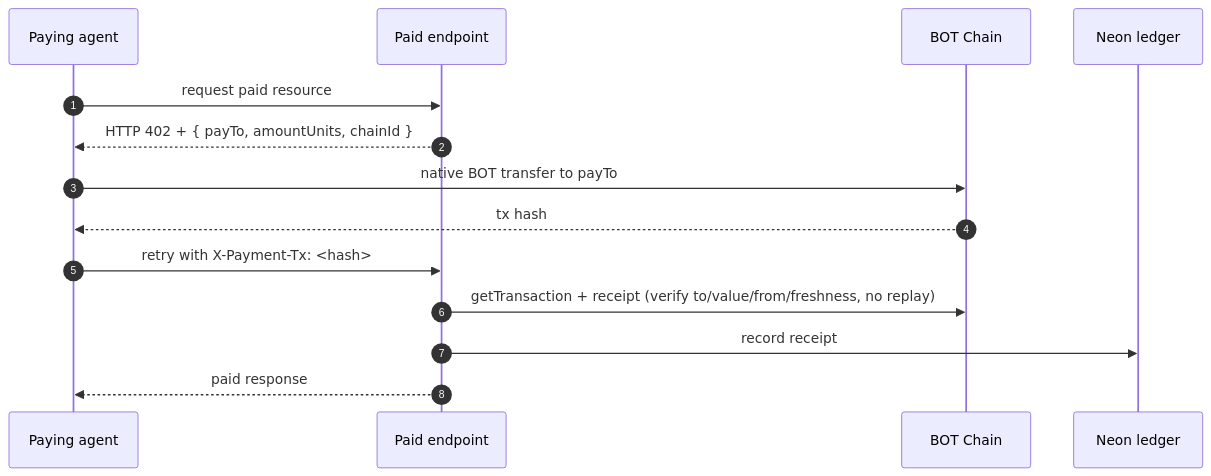
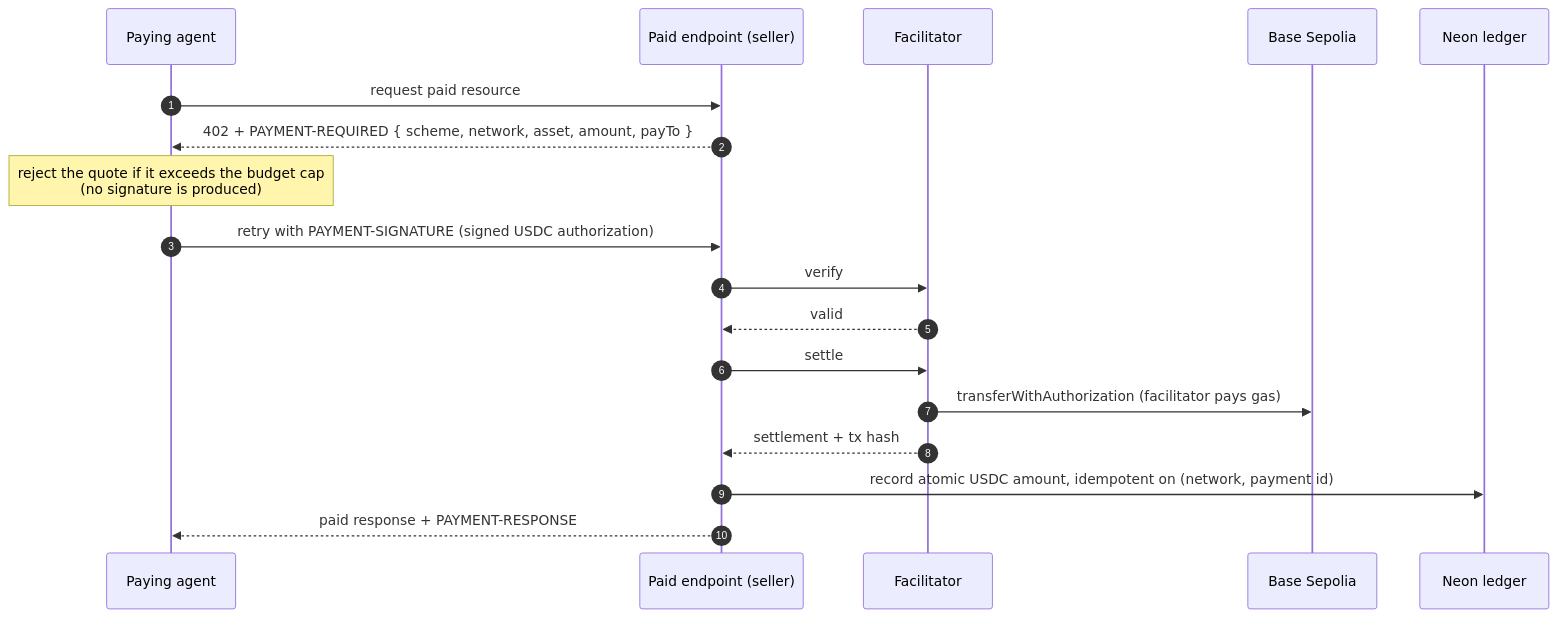
One commit to enliven17/mimir-base changed the first of 11 diagrams in README.md. Above: the diagram before and after it, drawn with Mermaid. The commit also changed other lines of this file and 3 other files, not shown here.

First line of the commit message:
docs(readme): Base/USDC/x402 rewrite; fix build under the new stack

````diff
--- a/README.md
+++ b/README.md
@@ -29,17 +40,21 @@
 ```mermaid
 sequenceDiagram
     autonumber
     participant Agent as Paying agent
-    participant API as Paid endpoint
-    participant Chain as BOT Chain
+    participant API as Paid endpoint (seller)
+    participant Fac as Facilitator
+    participant Chain as Base Sepolia
     participant DB as Neon ledger
 
     Agent->>API: request paid resource
-    API-->>Agent: HTTP 402 + { payTo, amountUnits, chainId }
-    Agent->>Chain: native BOT transfer to payTo
-    Chain-->>Agent: tx hash
-    Agent->>API: retry with X-Payment-Tx: <hash>
-    API->>Chain: getTransaction + receipt (verify to/value/from/freshness, no replay)
-    API->>DB: record receipt
-    API-->>Agent: paid response
+    API-->>Agent: 402 + PAYMENT-REQUIRED { scheme, network, asset, amount, payTo }
+    Note over Agent: reject the quote if it exceeds the budget cap<br/>(no signature is produced)
+    Agent->>API: retry with PAYMENT-SIGNATURE (signed USDC authorization)
+    API->>Fac: verify
+    Fac-->>API: valid
+    API->>Fac: settle
+    Fac->>Chain: transferWithAuthorization (facilitator pays gas)
+    Fac-->>API: settlement + tx hash
+    API->>DB: record atomic USDC amount, idempotent on (network, payment id)
+    API-->>Agent: paid response + PAYMENT-RESPONSE
 ```
````
